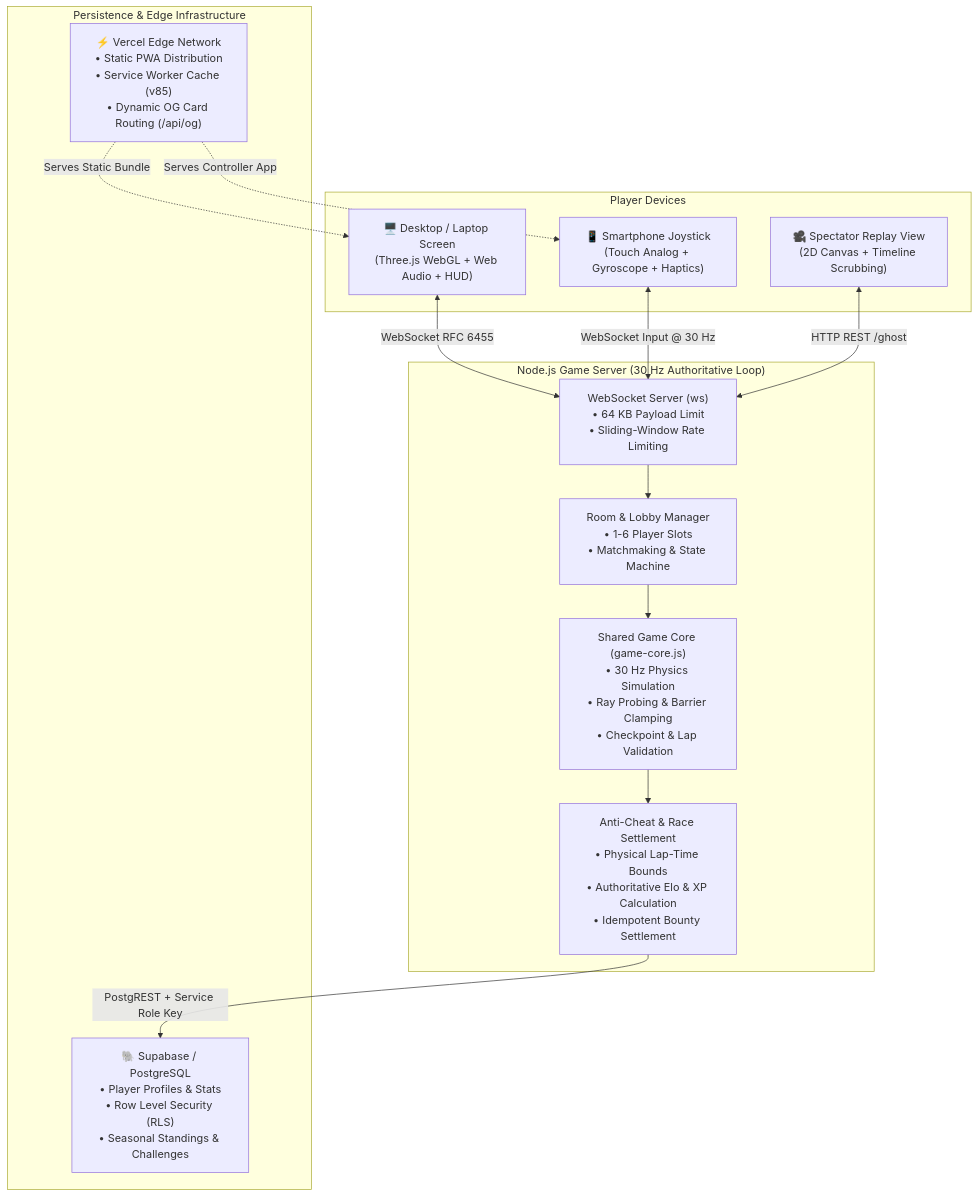
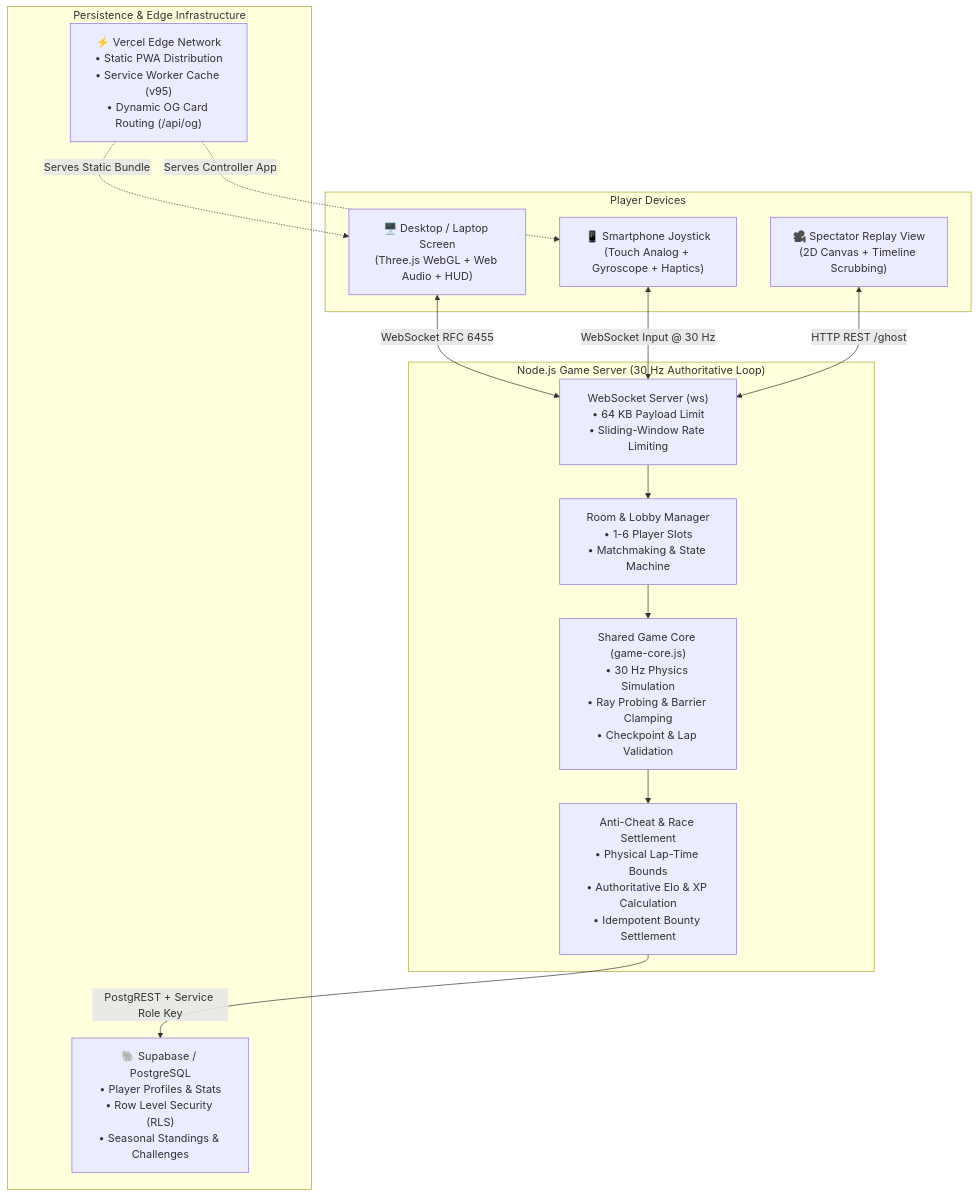
The diagram in README.md (yathamsridharreddy/MULTIPLAYER-CAR-GAME), drawn with Mermaid before and after one commit. The commit also changed other lines of this file and 2 other files, not shown here.

````diff
--- a/README.md
+++ b/README.md
@@ -101,30 +102,30 @@
 ```mermaid
 flowchart TD
     subgraph Clients["Player Devices"]
         Desktop["🖥️ Desktop / Laptop Screen<br/>(Three.js WebGL + Web Audio + HUD)"]
         Phone["📱 Smartphone Joystick<br/>(Touch Analog + Gyroscope + Haptics)"]
         Replay["🎥 Spectator Replay View<br/>(2D Canvas + Timeline Scrubbing)"]
     end
 
     subgraph Server["Node.js Game Server (30 Hz Authoritative Loop)"]
         WS["WebSocket Server (ws)<br/>• 64 KB Payload Limit<br/>• Sliding-Window Rate Limiting"]
         RoomMgr["Room & Lobby Manager<br/>• 1-6 Player Slots<br/>• Matchmaking & State Machine"]
         Physics["Shared Game Core (game-core.js)<br/>• 30 Hz Physics Simulation<br/>• Ray Probing & Barrier Clamping<br/>• Checkpoint & Lap Validation"]
         AntiCheat["Anti-Cheat & Race Settlement<br/>• Physical Lap-Time Bounds<br/>• Authoritative Elo & XP Calculation<br/>• Idempotent Bounty Settlement"]
     end
 
     subgraph Storage["Persistence & Edge Infrastructure"]
         Supabase["🐘 Supabase / PostgreSQL<br/>• Player Profiles & Stats<br/>• Row Level Security (RLS)<br/>• Seasonal Standings & Challenges"]
-        Vercel["⚡ Vercel Edge Network<br/>• Static PWA Distribution<br/>• Service Worker Cache (v85)<br/>• Dynamic OG Card Routing (/api/og)"]
+        Vercel["⚡ Vercel Edge Network<br/>• Static PWA Distribution<br/>• Service Worker Cache (v95)<br/>• Dynamic OG Card Routing (/api/og)"]
     end
 
     Desktop <-->|WebSocket RFC 6455| WS
     Phone <-->|WebSocket Input @ 30 Hz| WS
     Replay <-->|HTTP REST /ghost| WS
     WS --> RoomMgr
     RoomMgr --> Physics
     Physics --> AntiCheat
     AntiCheat -->|PostgREST + Service Role Key| Supabase
     Vercel -.->|Serves Static Bundle| Desktop
     Vercel -.->|Serves Controller App| Phone
 ```
````
